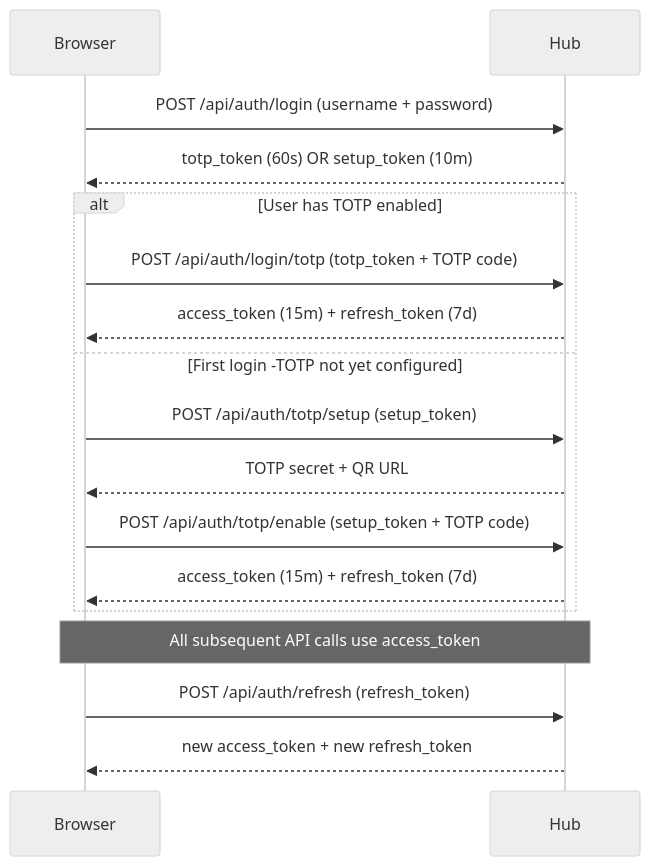
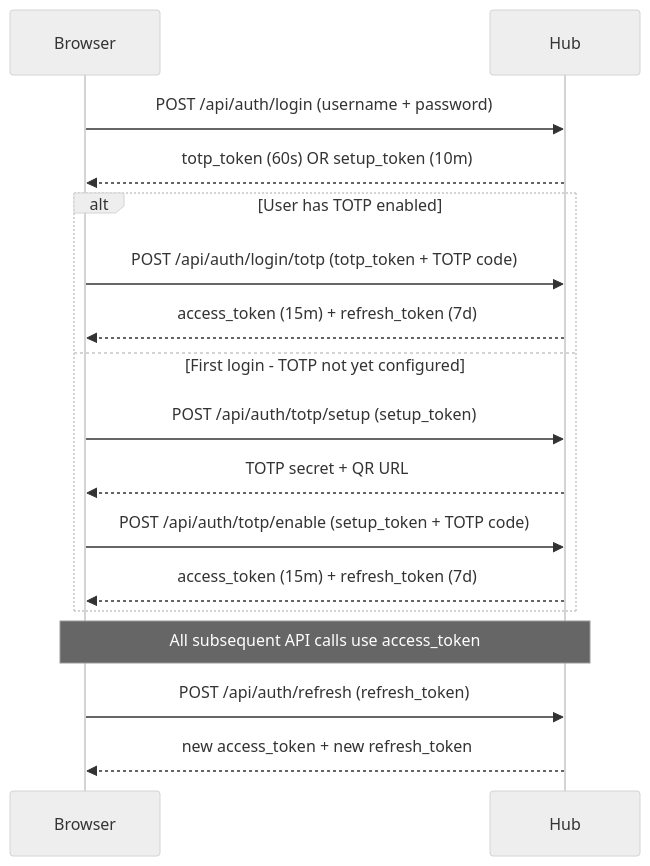
Before and after one commit to lorconksu/aerodocs: the second of 2 diagrams in docs/engineering/architecture.md, drawn with Mermaid (neutral theme). The commit also changed other lines of this file and 15 other files, not shown here.

````diff
--- a/docs/engineering/architecture.md
+++ b/docs/engineering/architecture.md
@@ -210,23 +210,23 @@
 ```mermaid
 sequenceDiagram
     participant Browser
     participant Hub
 
     Browser->>Hub: POST /api/auth/login (username + password)
     Hub-->>Browser: totp_token (60s) OR setup_token (10m)
 
     alt User has TOTP enabled
         Browser->>Hub: POST /api/auth/login/totp (totp_token + TOTP code)
         Hub-->>Browser: access_token (15m) + refresh_token (7d)
-    else First login -TOTP not yet configured
+    else First login - TOTP not yet configured
         Browser->>Hub: POST /api/auth/totp/setup (setup_token)
         Hub-->>Browser: TOTP secret + QR URL
         Browser->>Hub: POST /api/auth/totp/enable (setup_token + TOTP code)
         Hub-->>Browser: access_token (15m) + refresh_token (7d)
     end
 
     Note over Browser,Hub: All subsequent API calls use access_token
 
     Browser->>Hub: POST /api/auth/refresh (refresh_token)
     Hub-->>Browser: new access_token + new refresh_token
 ```
````
